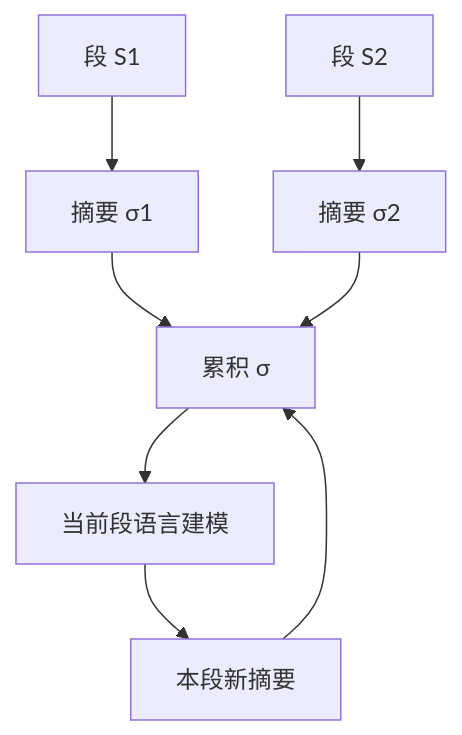
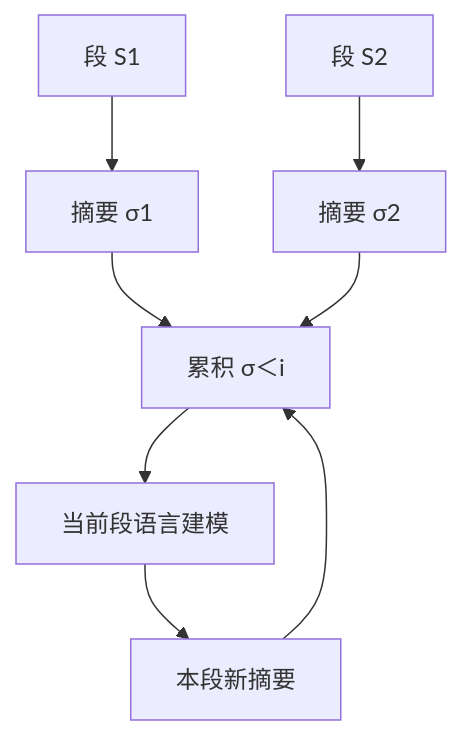
The diagram in docs/llm/autocompressors.md (xhongduo-tech/xhongduo-tech.github.io), drawn with Mermaid before and after one commit. The commit also changed other lines of this file and 772 other files, not shown here.

````diff
--- a/docs/llm/autocompressors.md
+++ b/docs/llm/autocompressors.md
@@ -50,10 +50,10 @@
 ```mermaid
 flowchart TD
   S1["段 S1"] --> SIG1["摘要 σ1"]
   S2["段 S2"] --> SIG2["摘要 σ2"]
-  SIG1 --> ACC["累积 σ<i"]
+  SIG1 --> ACC["累积 σ＜i"]
   SIG2 --> ACC
   ACC --> SN["当前段语言建模"]
   SN --> SIGk["本段新摘要"]
   SIGk --> ACC
 ```
````
